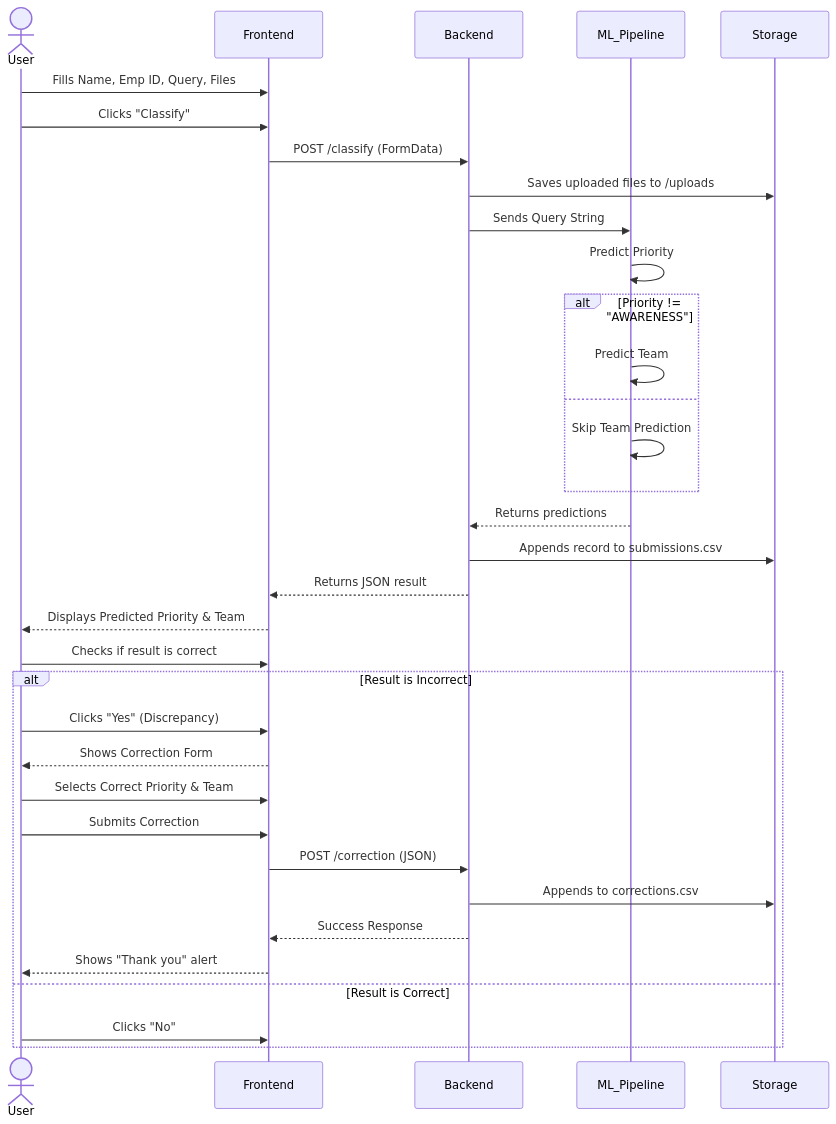
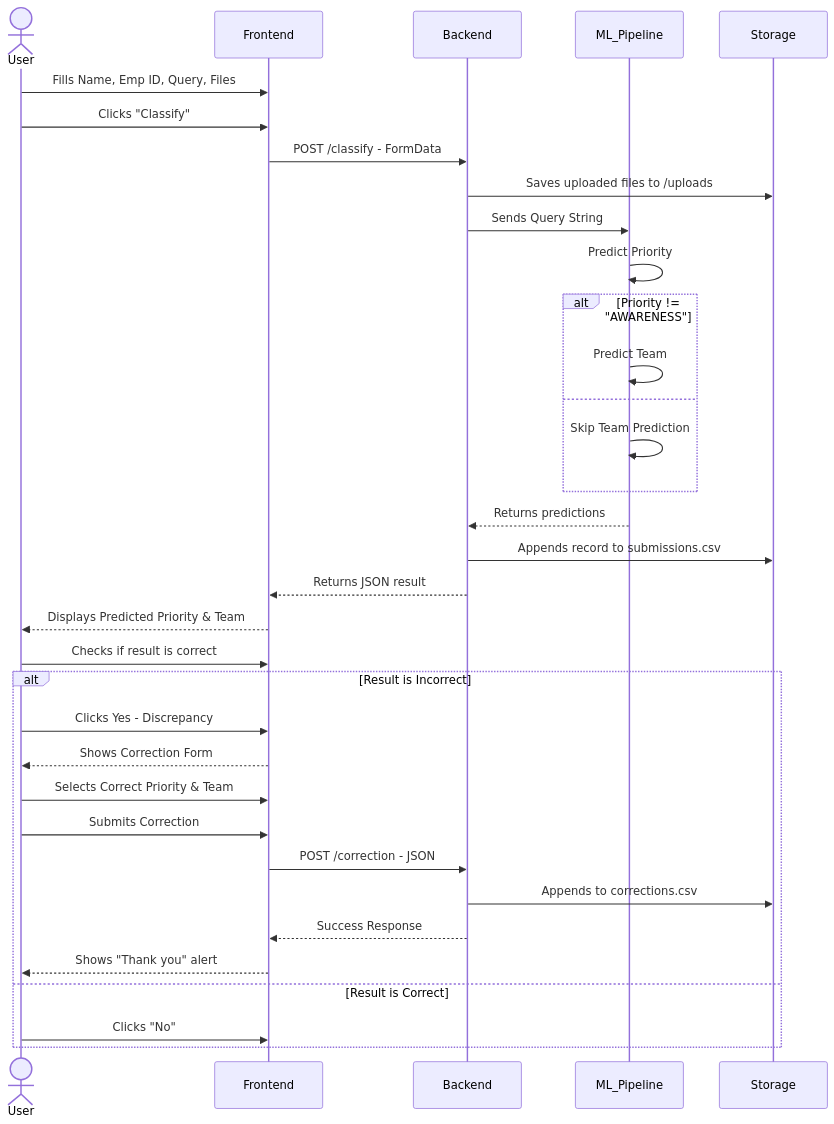
The second of 2 diagrams in PROJECT_EXPLANATION.md (htan35/SmartDesk-Support-Router), drawn with Mermaid before and after one commit. The commit also changed other lines of this file and 1 other file, not shown here.

Commit message:
added workflows

````diff
--- a/PROJECT_EXPLANATION.md
+++ b/PROJECT_EXPLANATION.md
@@ -70,42 +70,42 @@
 ```mermaid
 sequenceDiagram
     actor User
     participant Frontend
     participant Backend
     participant ML_Pipeline
     participant Storage
 
     User->>Frontend: Fills Name, Emp ID, Query, Files
     User->>Frontend: Clicks "Classify"
-    Frontend->>Backend: POST /classify (FormData)
+    Frontend->>Backend: POST /classify - FormData
     Backend->>Storage: Saves uploaded files to /uploads
     
     Backend->>ML_Pipeline: Sends Query String
     ML_Pipeline->>ML_Pipeline: Predict Priority
     
     alt Priority != "AWARENESS"
         ML_Pipeline->>ML_Pipeline: Predict Team
     else
         ML_Pipeline->>ML_Pipeline: Skip Team Prediction
     end
     
     ML_Pipeline-->>Backend: Returns predictions
     Backend->>Storage: Appends record to submissions.csv
     Backend-->>Frontend: Returns JSON result
     
     Frontend-->>User: Displays Predicted Priority & Team
     
     User->>Frontend: Checks if result is correct
     alt Result is Incorrect
-        User->>Frontend: Clicks "Yes" (Discrepancy)
+        User->>Frontend: Clicks Yes - Discrepancy
         Frontend-->>User: Shows Correction Form
         User->>Frontend: Selects Correct Priority & Team
         User->>Frontend: Submits Correction
-        Frontend->>Backend: POST /correction (JSON)
+        Frontend->>Backend: POST /correction - JSON
         Backend->>Storage: Appends to corrections.csv
         Backend-->>Frontend: Success Response
         Frontend-->>User: Shows "Thank you" alert
     else Result is Correct
         User->>Frontend: Clicks "No"
     end
 ```
````
